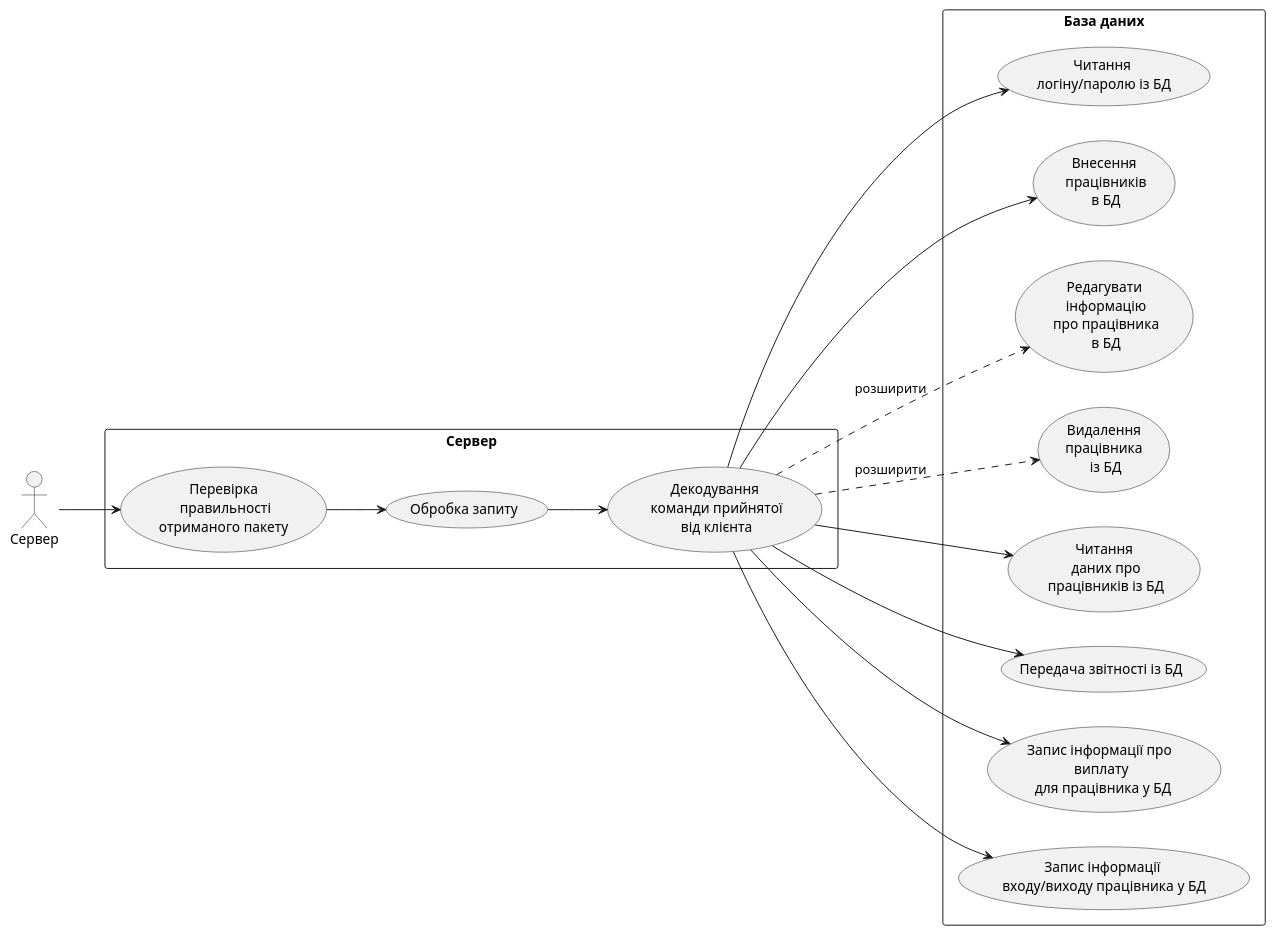
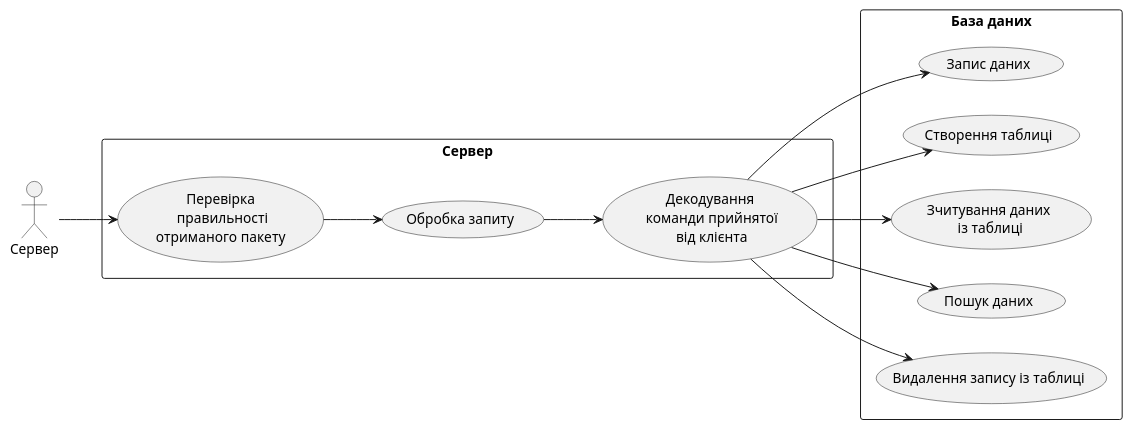
The diagram in Labs/Lab#1/Project/UML/ServerSide/action_diagram.puml (kzlk/PayrollEmployeeSystem), drawn with PlantUML before and after one commit. The commit also changed 112 other files, not shown here.

```diff
--- a/Labs/Lab#1/Project/UML/ServerSide/action_diagram.puml
+++ b/Labs/Lab#1/Project/UML/ServerSide/action_diagram.puml
@@ -1,37 +1,32 @@
 @startuml
 left to right direction
 
 actor "Сервер" as server 
 rectangle "Сервер" {
   usecase "Обробка запиту" as UC1
   usecase "Перевірка\n правильності\nотриманого пакету" as UC2
   usecase "Декодування\n команди прийнятої\n від клієнта" as UC3
 
 }
 
 rectangle "База даних"{
-    usecase "Читання \nлогіну/паролю із БД"  as BD1
-    usecase "Внесення\n працівників\n в БД"  as BD2
-    usecase "Редагувати\n інформацію\n про працівника\n в БД"  as BD3
-    usecase "Видалення\nпрацівника\n із БД"  as BD4
-    usecase "Читання\n даних про\n працівників із БД"  as BD5
-    usecase "Передача звітності із БД"  as BD6
-    usecase "Запис інформації про \nвиплату\n для працівника у БД" as BD7
-    usecase "Запис інформації \nвходу/виходу працівника у БД"as BD8
+    usecase "Запис даних"  as BD1
+    usecase "Створення таблиці"  as BD2
+    usecase "Зчитування даних\n із таблиці" as BD3
+    usecase "Пошук даних" as BD4
+    usecase "Видалення запису із таблиці"  as BD5
 }
+
 
 server -->  UC2
 UC2 --> UC1
 UC1   --> UC3
 
 UC3  -->  BD1
 UC3  -->  BD2
-UC3  .->  BD3 : розширити
-UC3  .->  BD4 : розширити
+UC3  -->  BD3
+UC3  -->  BD4
+UC3  -->  BD5
 
-UC3  -->  BD5
-UC3  -->  BD6
-UC3 -->   BD7
-UC3 -->   BD8
 
 @endum
```
